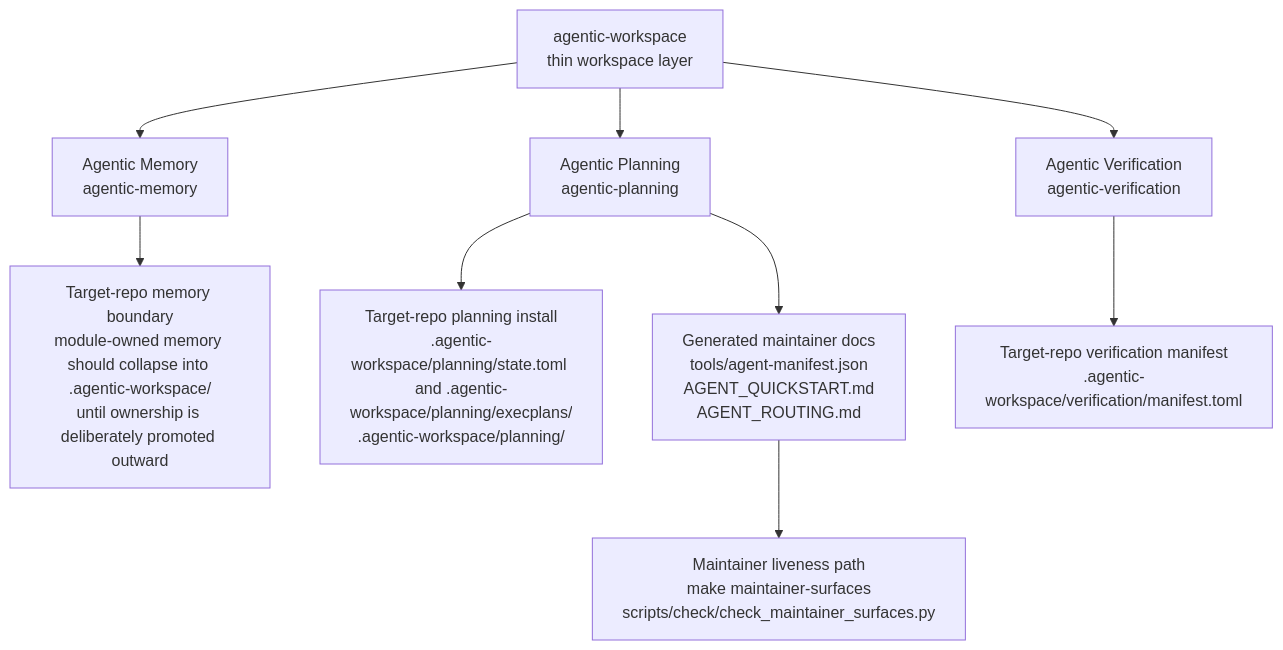
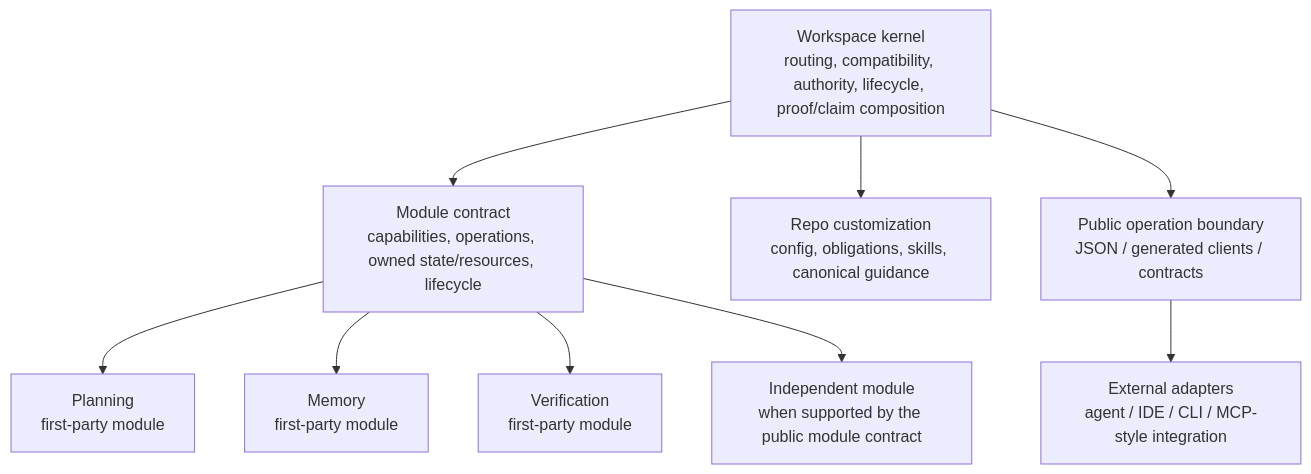
Before and after one commit to rickardvh/agentic-workspace: the diagram in docs/architecture.md, drawn with Mermaid. The commit also changed other lines of this file, not shown here.

Commit message:
docs: align architecture with extensible kernel model

````diff
--- a/docs/architecture.md
+++ b/docs/architecture.md
@@ -9,11 +9,18 @@
 ```mermaid
 flowchart TD
-    W[agentic-workspace\nthin workspace layer] --> M[Agentic Memory\nagentic-memory]
-    W --> P[Agentic Planning\nagentic-planning]
-    W --> V[Agentic Verification\nagentic-verification]
-    P --> R[Target-repo planning install\n.agentic-workspace/planning/state.toml and .agentic-workspace/planning/execplans/\n.agentic-workspace/planning/]
-    M --> N[Target-repo memory boundary\nmodule-owned memory should collapse into .agentic-workspace/\nuntil ownership is deliberately promoted outward]
-    V --> E[Target-repo verification manifest\n.agentic-workspace/verification/manifest.toml]
-    P --> G[Generated maintainer docs\ntools/agent-manifest.json\nAGENT_QUICKSTART.md\nAGENT_ROUTING.md]
-    G --> C[Maintainer liveness path\nmake maintainer-surfaces\nscripts/check/check_maintainer_surfaces.py]
+    W[Workspace kernel\nrouting, compatibility, authority, lifecycle, proof/claim composition]
+    MC[Module contract\ncapabilities, operations, owned state/resources, lifecycle]
+    RC[Repo customization\nconfig, obligations, skills, canonical guidance]
+    OP[Public operation boundary\nJSON / generated clients / contracts]
+
+    W --> MC
+    W --> RC
+    W --> OP
+
+    MC --> P[Planning\nfirst-party module]
+    MC --> M[Memory\nfirst-party module]
+    MC --> V[Verification\nfirst-party module]
+    MC --> X[Independent module\nwhen supported by the public module contract]
+
+    OP --> A[External adapters\nagent / IDE / CLI / MCP-style integration]
 ```
````
